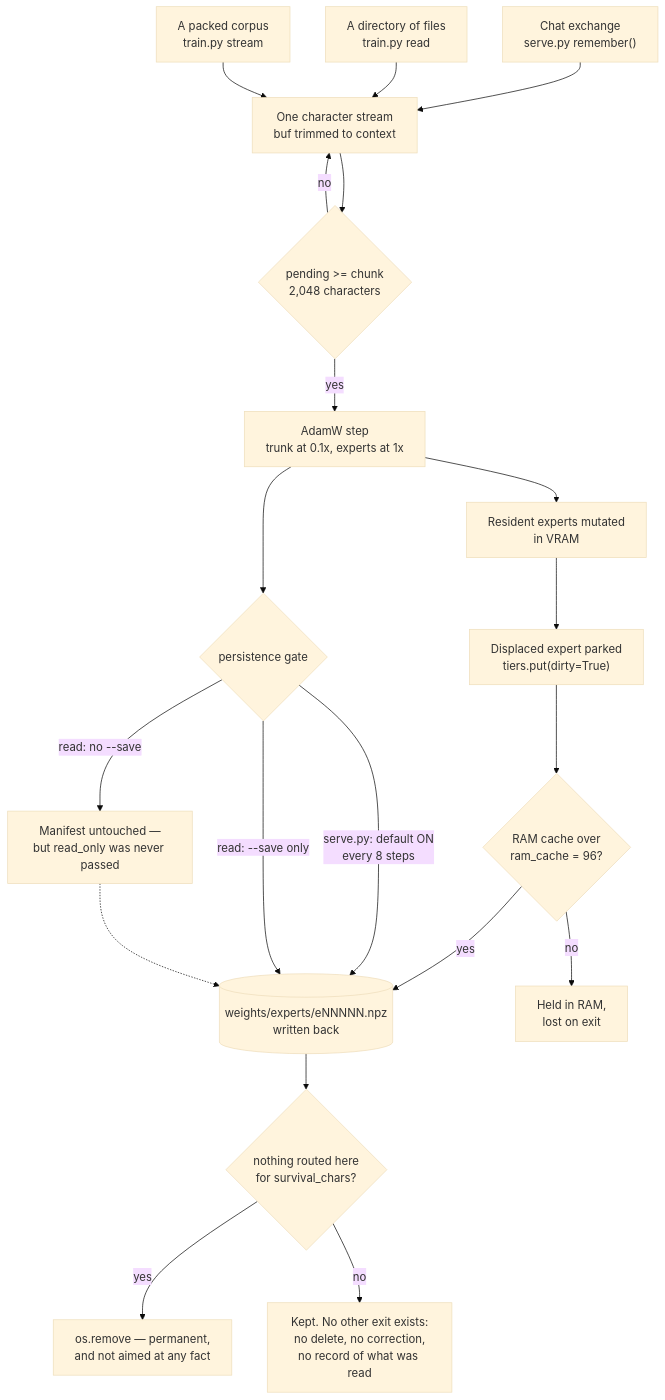
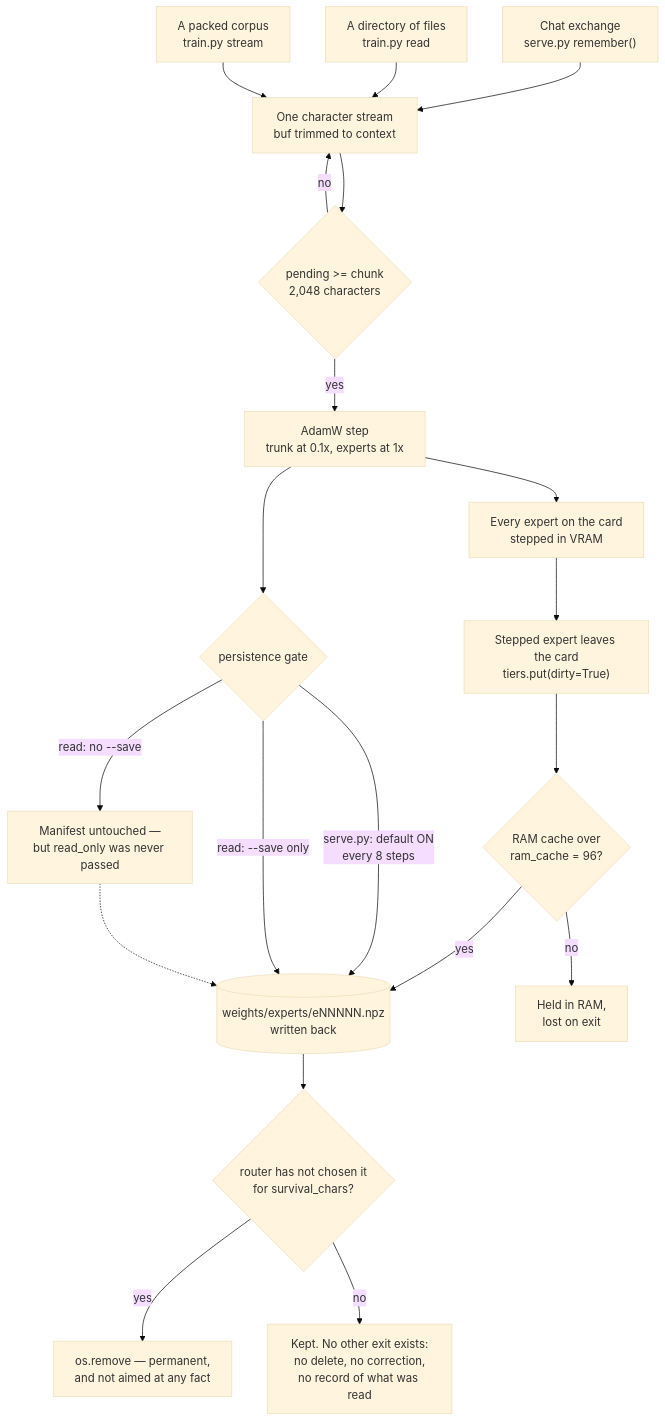
The diagram in content/systems/mini-agi.md (neoneye/agent-memory-atlas), drawn with Mermaid (base theme) before and after one commit. The commit also changed other lines of this file and 14 other files, not shown here.

First line of the commit message:
Re-read mini-AGI at 7361e7a: expert selection by whole-text vote, forgetting probe committed

````diff
--- a/content/systems/mini-agi.md
+++ b/content/systems/mini-agi.md
@@ -121,24 +124,24 @@
 ```mermaid
-%% caption: Every path into mini-AGI's memory is a gradient step on raw text, and the only exits are an untargetable expert deletion and the survival of a region nobody routed to; the three points where a write reaches disk are marked, one of them on the path documented as keeping nothing.
+%% caption: Every path into mini-AGI's memory is a gradient step on raw text, and the only exits are an untargetable expert deletion and the survival of a region the router stopped choosing; the three points where a write reaches disk are marked, one of them on the path documented as keeping nothing.
 flowchart TD
   CHAT["Chat exchange<br/>serve.py remember()"] --> STREAM
   FILES["A directory of files<br/>train.py read"] --> STREAM
   CORPUS["A packed corpus<br/>train.py stream"] --> STREAM
   STREAM["One character stream<br/>buf trimmed to context"]
   STREAM --> STEP{"pending >= chunk<br/>2,048 characters"}
   STEP -- "no" --> STREAM
   STEP -- "yes" --> GRAD["AdamW step<br/>trunk at 0.1x, experts at 1x"]
-  GRAD --> VRAM["Resident experts mutated<br/>in VRAM"]
-  VRAM --> DIRTY["Displaced expert parked<br/>tiers.put(dirty=True)"]
+  GRAD --> VRAM["Every expert on the card<br/>stepped in VRAM"]
+  VRAM --> DIRTY["Stepped expert leaves the card<br/>tiers.put(dirty=True)"]
   DIRTY --> TRIM{"RAM cache over<br/>ram_cache = 96?"}
   TRIM -- "yes" --> DISK[("weights/experts/eNNNNN.npz<br/>written back")]
   TRIM -- "no" --> HOLD["Held in RAM,<br/>lost on exit"]
   GRAD --> GATE{"persistence gate"}
   GATE -- "serve.py: default ON<br/>every 8 steps" --> DISK
   GATE -- "read: --save only" --> DISK
   GATE -- "read: no --save" --> NOTE["Manifest untouched —<br/>but read_only was never passed"]
   NOTE -.-> DISK
-  DISK --> PRUNE{"nothing routed here<br/>for survival_chars?"}
+  DISK --> PRUNE{"router has not chosen it<br/>for survival_chars?"}
   PRUNE -- "yes" --> DEL["os.remove — permanent,<br/>and not aimed at any fact"]
   PRUNE -- "no" --> KEEP["Kept. No other exit exists:<br/>no delete, no correction,<br/>no record of what was read"]
 ```
````
